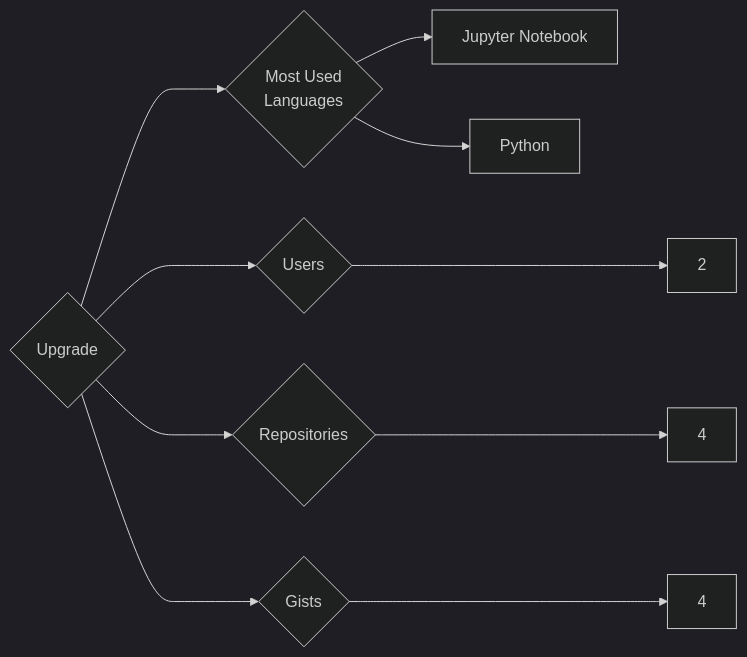
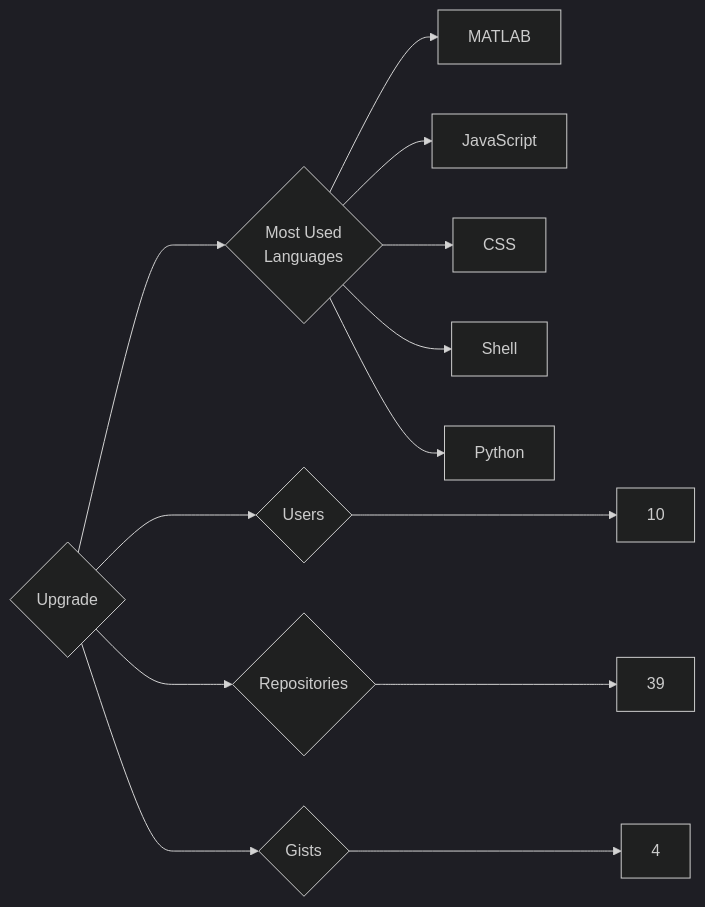
Before and after one commit to trickest/insiders: the diagram in targets/Upgrade/README.md, drawn with Mermaid (dark theme). The commit also changed 1696 other files, not shown here.

````diff
--- a/targets/Upgrade/README.md
+++ b/targets/Upgrade/README.md
@@ -3,10 +3,13 @@
 ```mermaid
 graph LR
 COMPANY_NAME{Upgrade}
-COMPANY_NAME ---> U{Users} ---> UN[2]
-COMPANY_NAME ---> R{Repositories} ---> RN[4]
+COMPANY_NAME ---> U{Users} ---> UN[10]
+COMPANY_NAME ---> R{Repositories} ---> RN[39]
 COMPANY_NAME ---> G{Gists} ---> GN[4]
 COMPANY_NAME ---> ML{Most Used<br>Languages}
-ML --> Jupyter_Notebook[Jupyter Notebook]
+ML --> MATLAB[MATLAB]
+ML --> JavaScript[JavaScript]
+ML --> CSS[CSS]
+ML --> Shell[Shell]
 ML --> Python[Python]
 ```
````
